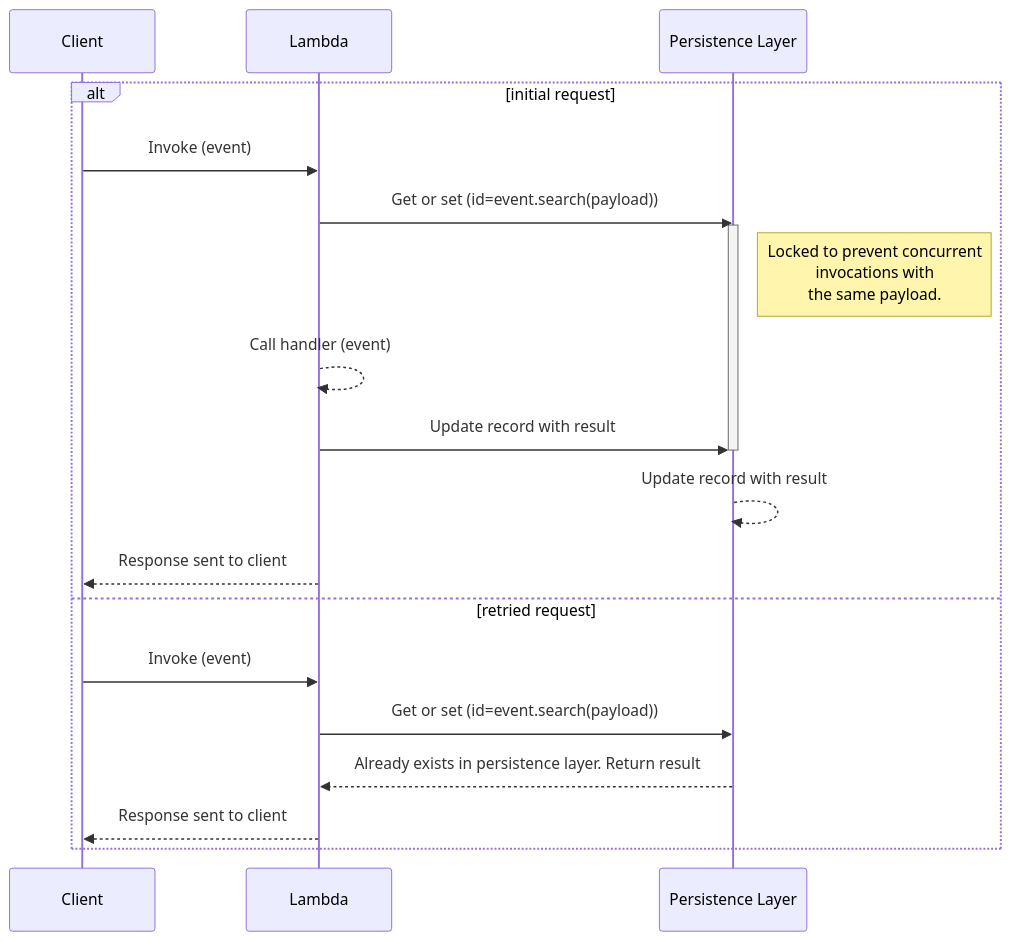
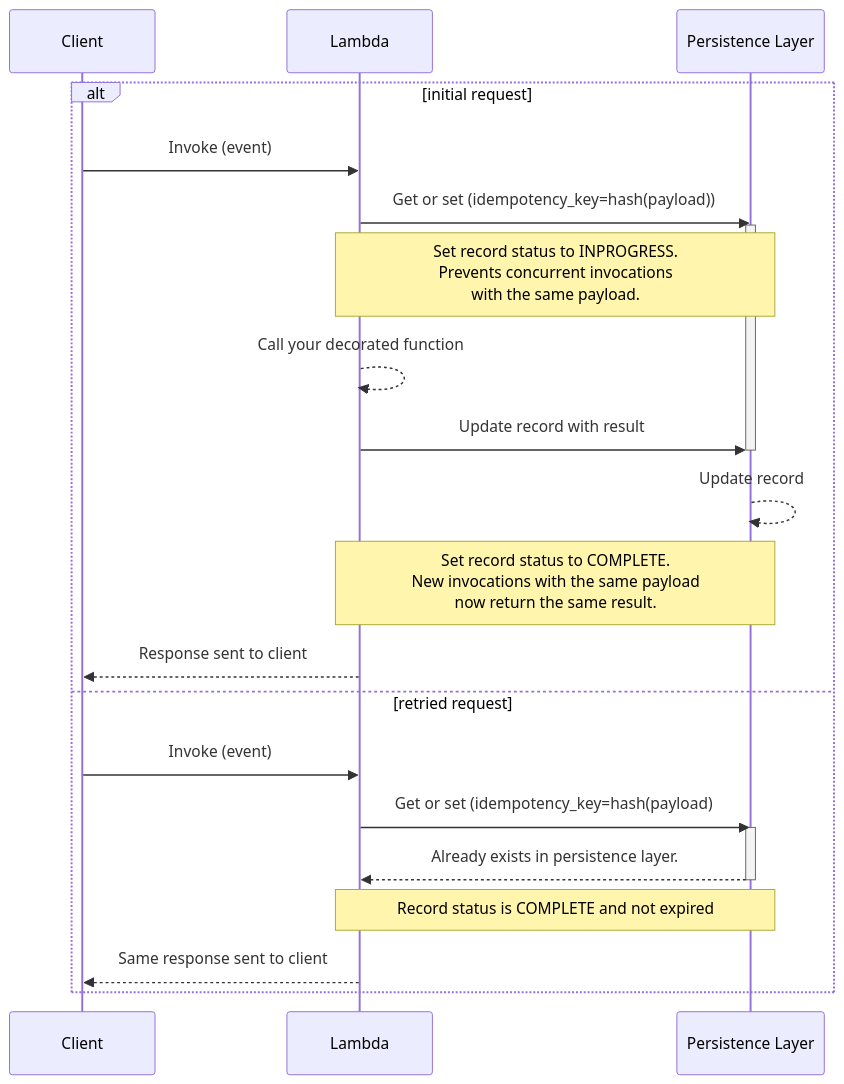
Before and after one commit to aws-powertools/powertools-lambda-python: the first of 3 diagrams in docs/utilities/idempotency.md, drawn with Mermaid. The commit also changed other lines of this file, not shown here.

Commit message:
docs: begin split sequence diagrams

````diff
--- a/docs/utilities/idempotency.md
+++ b/docs/utilities/idempotency.md
@@ -376,22 +378,26 @@
 ```mermaid
 sequenceDiagram
     participant Client
     participant Lambda
     participant Persistence Layer
     alt initial request
         Client->>Lambda: Invoke (event)
-        Lambda->>Persistence Layer: Get or set (id=event.search(payload))
+        Lambda->>Persistence Layer: Get or set (idempotency_key=hash(payload))
         activate Persistence Layer
-        Note right of Persistence Layer: Locked to prevent concurrent<br/>invocations with <br/> the same payload.
-        Lambda-->>Lambda: Call handler (event)
+        Note over Lambda,Persistence Layer: Set record status to INPROGRESS. <br> Prevents concurrent invocations <br> with the same payload.
+        Lambda-->>Lambda: Call your decorated function
         Lambda->>Persistence Layer: Update record with result
         deactivate Persistence Layer
-        Persistence Layer-->>Persistence Layer: Update record with result
+        Persistence Layer-->>Persistence Layer: Update record
+        Note over Lambda,Persistence Layer: Set record status to COMPLETE. <br> New invocations with the same payload <br> now return the same result.
         Lambda-->>Client: Response sent to client
     else retried request
         Client->>Lambda: Invoke (event)
-        Lambda->>Persistence Layer: Get or set (id=event.search(payload))
-        Persistence Layer-->>Lambda: Already exists in persistence layer. Return result
-        Lambda-->>Client: Response sent to client
+        Lambda->>Persistence Layer: Get or set (idempotency_key=hash(payload)
+        activate Persistence Layer
+        Persistence Layer-->>Lambda: Already exists in persistence layer.
+        deactivate Persistence Layer
+        Note over Lambda,Persistence Layer: Record status is COMPLETE and not expired
+        Lambda-->>Client: Same response sent to client
     end
 ```
````
